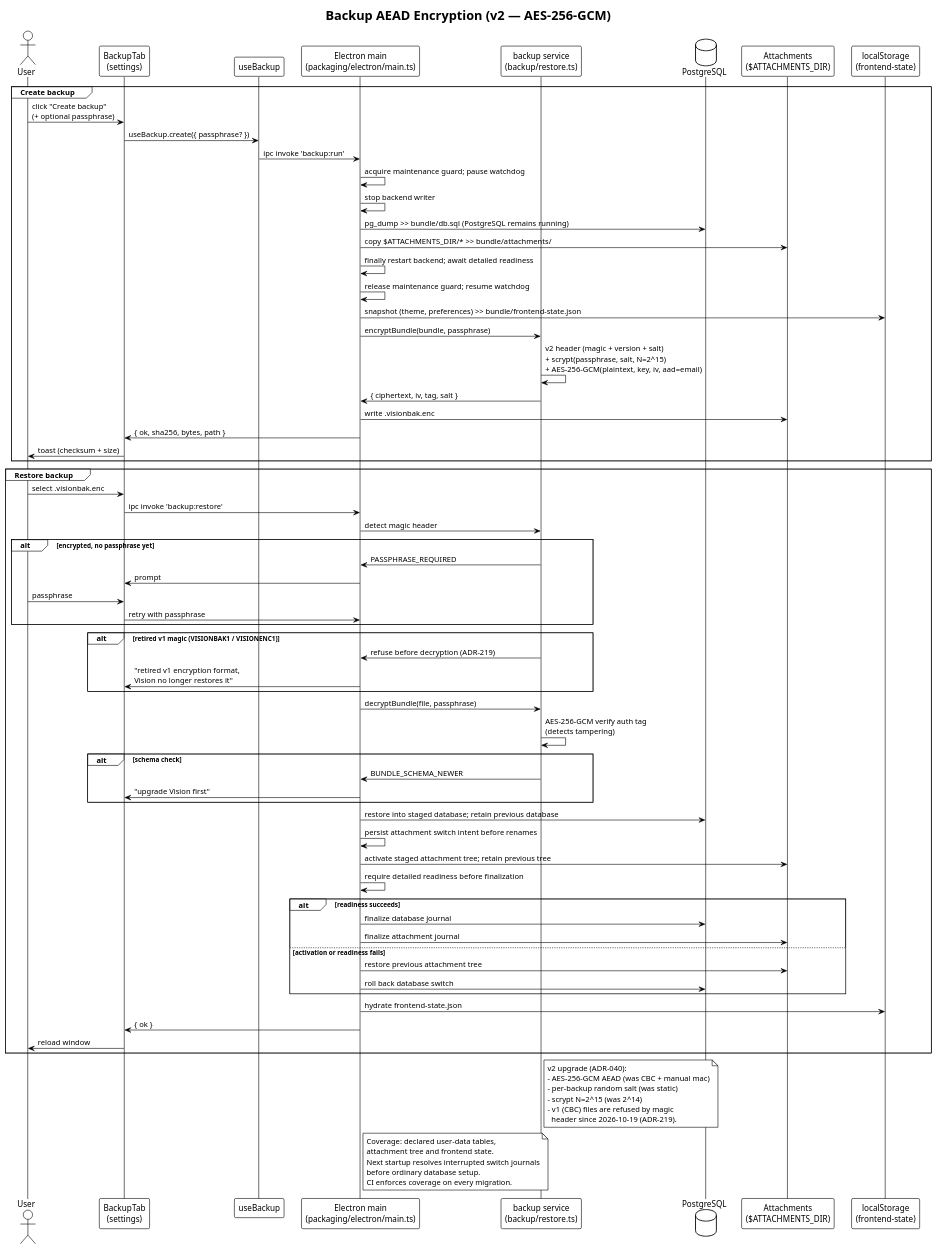
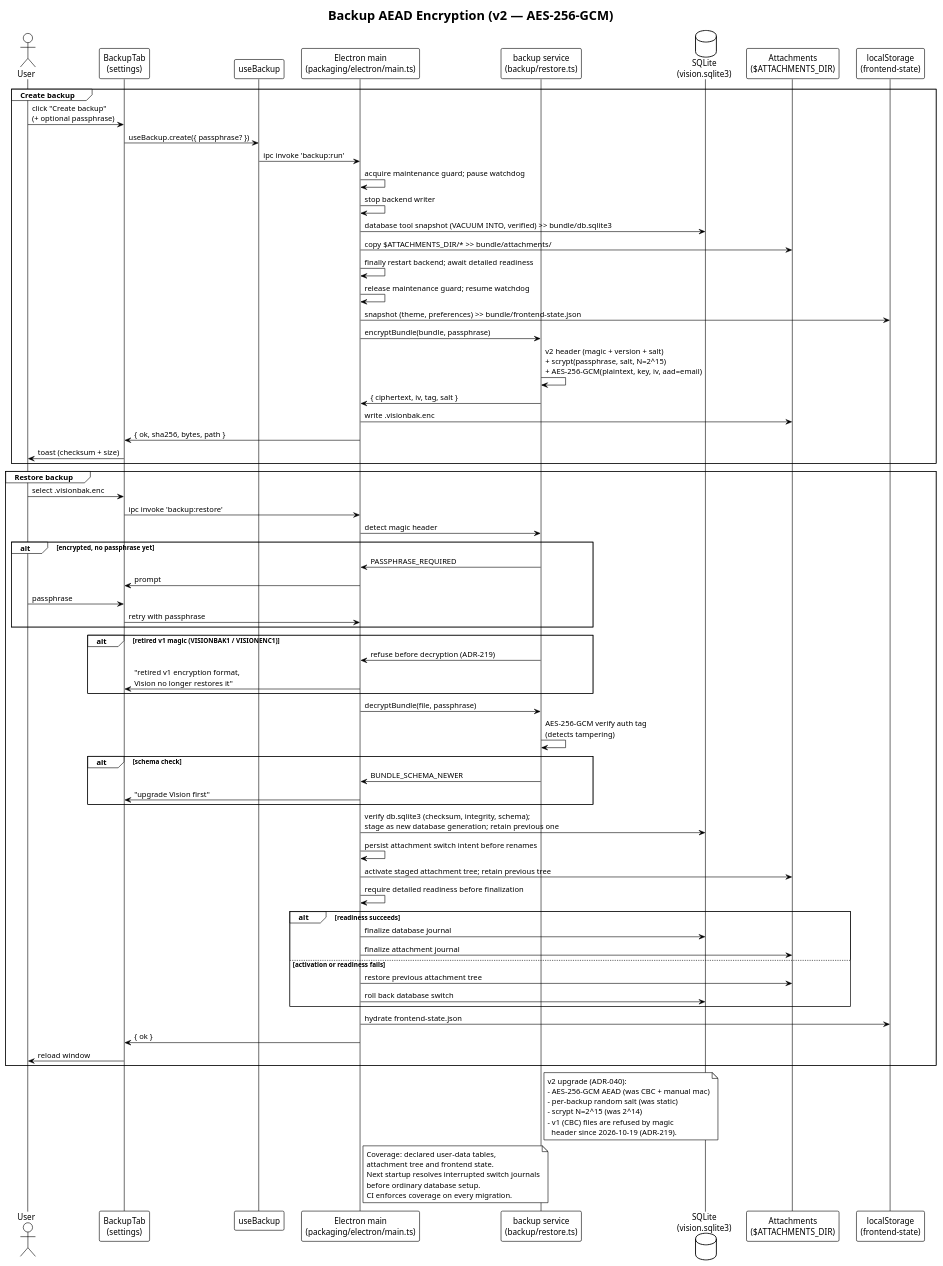
One commit to EraPartner/Vision changed the diagram in docs/diagrams/backup-aead-encryption.puml. Above: the diagram before and after it, drawn with PlantUML. The commit also changed 209 other files, not shown here.

```diff
--- a/docs/diagrams/backup-aead-encryption.puml
+++ b/docs/diagrams/backup-aead-encryption.puml
@@ -1,90 +1,90 @@
 @startuml Backup AEAD Encryption (v2)
 title Backup AEAD Encryption (v2 — AES-256-GCM)
 
 !theme plain
 skinparam participantSpacing 10
 skinparam ranksep 50
 
 actor "User" as User
 
 participant "BackupTab\n(settings)" as UI
 participant "useBackup" as Hook
 participant "Electron main\n(packaging/electron/main.ts)" as Main
 participant "backup service\n(backup/restore.ts)" as Backup
-database  "PostgreSQL" as DB
+database  "SQLite\n(vision.sqlite3)" as DB
 participant "Attachments\n($ATTACHMENTS_DIR)" as Files
 participant "localStorage\n(frontend-state)" as LS
 
 group Create backup
   User -> UI : click "Create backup"\n(+ optional passphrase)
   UI -> Hook : useBackup.create({ passphrase? })
   Hook -> Main : ipc invoke 'backup:run'
   Main -> Main : acquire maintenance guard; pause watchdog
   Main -> Main : stop backend writer
-  Main -> DB   : pg_dump >> bundle/db.sql (PostgreSQL remains running)
+  Main -> DB   : database tool snapshot (VACUUM INTO, verified) >> bundle/db.sqlite3
   Main -> Files: copy $ATTACHMENTS_DIR/* >> bundle/attachments/
   Main -> Main : finally restart backend; await detailed readiness
   Main -> Main : release maintenance guard; resume watchdog
   Main -> LS   : snapshot (theme, preferences) >> bundle/frontend-state.json
   Main -> Backup: encryptBundle(bundle, passphrase)
   Backup -> Backup : v2 header (magic + version + salt)\n+ scrypt(passphrase, salt, N=2^15)\n+ AES-256-GCM(plaintext, key, iv, aad=email)
   Backup -> Main : { ciphertext, iv, tag, salt }
   Main -> Files : write .visionbak.enc
   Main -> UI    : { ok, sha256, bytes, path }
   UI -> User    : toast (checksum + size)
 end
 
 group Restore backup
   User -> UI    : select .visionbak.enc
   UI -> Main    : ipc invoke 'backup:restore'
   Main -> Backup: detect magic header
   alt encrypted, no passphrase yet
     Backup -> Main : PASSPHRASE_REQUIRED
     Main -> UI     : prompt
     User -> UI     : passphrase
     UI -> Main     : retry with passphrase
   end
   alt retired v1 magic (VISIONBAK1 / VISIONENC1)
     Backup -> Main : refuse before decryption (ADR-219)
     Main -> UI     : "retired v1 encryption format,\nVision no longer restores it"
   end
   Main -> Backup : decryptBundle(file, passphrase)
   Backup -> Backup : AES-256-GCM verify auth tag\n(detects tampering)
   alt schema check
     Backup -> Main : BUNDLE_SCHEMA_NEWER
     Main -> UI     : "upgrade Vision first"
   end
-  Main -> DB    : restore into staged database; retain previous database
+  Main -> DB    : verify db.sqlite3 (checksum, integrity, schema);\nstage as new database generation; retain previous one
   Main -> Main  : persist attachment switch intent before renames
   Main -> Files : activate staged attachment tree; retain previous tree
   Main -> Main  : require detailed readiness before finalization
   alt readiness succeeds
     Main -> DB : finalize database journal
     Main -> Files : finalize attachment journal
   else activation or readiness fails
     Main -> Files : restore previous attachment tree
     Main -> DB : roll back database switch
   end
   Main -> LS    : hydrate frontend-state.json
   Main -> UI    : { ok }
   UI -> User    : reload window
 end
 
 note right of Backup
   v2 upgrade (ADR-040):
   - AES-256-GCM AEAD (was CBC + manual mac)
   - per-backup random salt (was static)
   - scrypt N=2^15 (was 2^14)
   - v1 (CBC) files are refused by magic
     header since 2026-10-19 (ADR-219).
 end note
 
 note right of Main
   Coverage: declared user-data tables,
   attachment tree and frontend state.
   Next startup resolves interrupted switch journals
   before ordinary database setup.
   CI enforces coverage on every migration.
 end note
 
 @enduml
```
